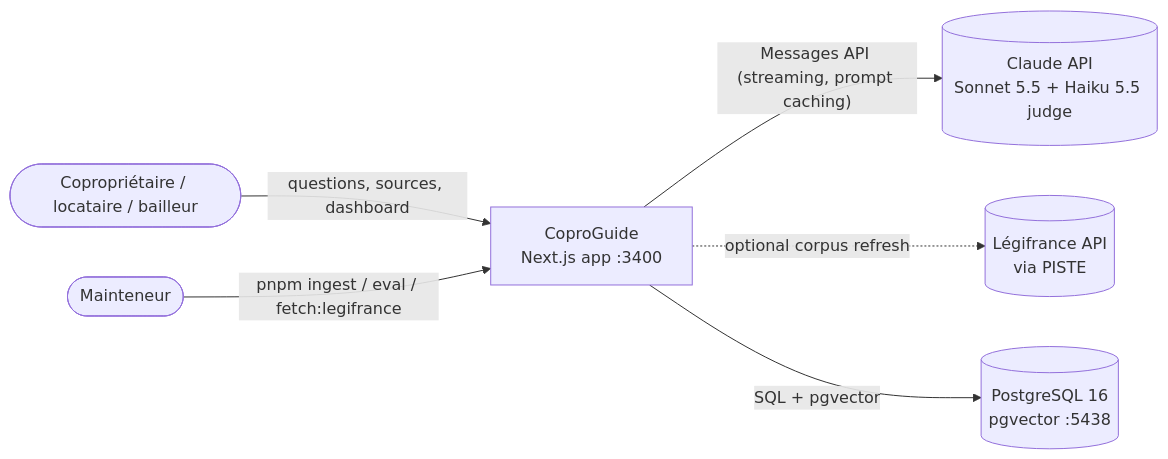
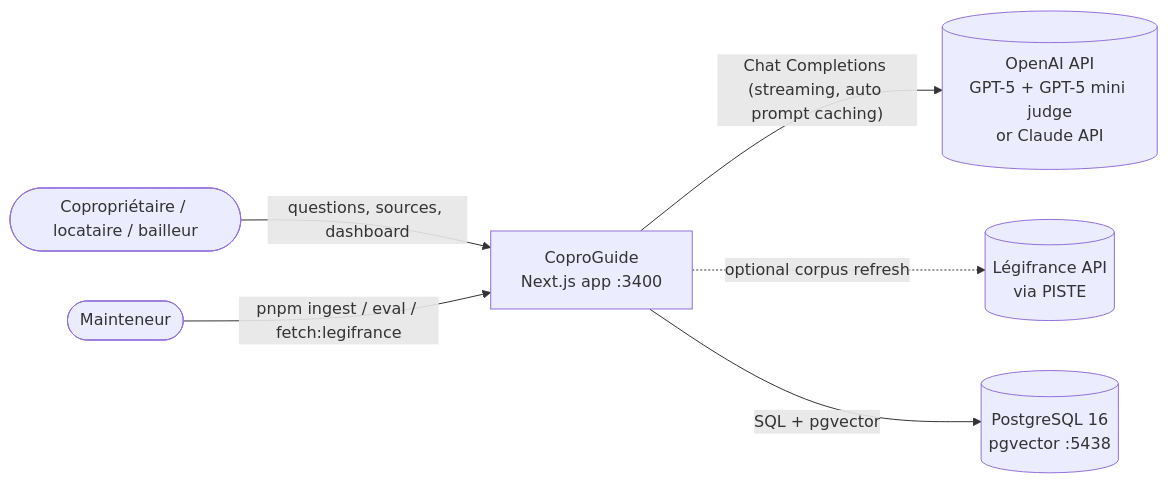
One commit to slimanitz/coproguide changed the first of 3 diagrams in docs/architecture.md. Above: the diagram before and after it, drawn with Mermaid. The commit also changed other lines of this file and 20 other files, not shown here.

````diff
--- a/docs/architecture.md
+++ b/docs/architecture.md
@@ -9,8 +9,8 @@
 ```mermaid
 flowchart LR
   user([Copropriétaire / locataire / bailleur]) -- "questions, sources, dashboard" --> app[CoproGuide<br/>Next.js app :3400]
   ops([Mainteneur]) -- "pnpm ingest / eval / fetch:legifrance" --> app
-  app -- "Messages API (streaming, prompt caching)" --> claude[(Claude API<br/>Sonnet 5.5 + Haiku 5.5 judge)]
+  app -- "Chat Completions (streaming, auto prompt caching)" --> claude[(OpenAI API<br/>GPT-5 + GPT-5 mini judge<br/>or Claude API)]
   app -. "optional corpus refresh" .-> piste[(Légifrance API<br/>via PISTE)]
   app -- "SQL + pgvector" --> db[(PostgreSQL 16<br/>pgvector :5438)]
 ```
````
